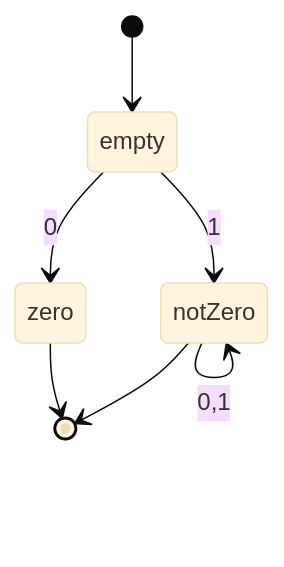
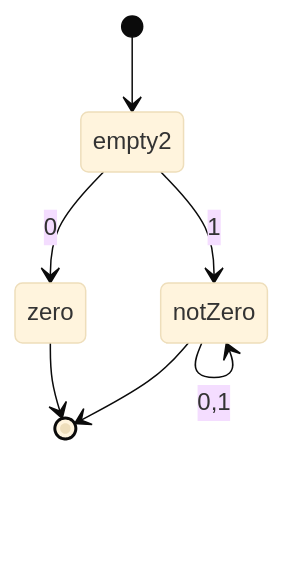
One commit to raganwald/raganwald.github.com changed diagram 26 of 38 in _posts/2019-09-21-recognizing-myself.md. Above: the diagram before and after it, drawn with Mermaid (base theme). The commit also changed other lines of this file, not shown here.

```diff
--- a/_posts/2019-09-21-recognizing-myself.md
+++ b/_posts/2019-09-21-recognizing-myself.md
@@ -1353,9 +1351,9 @@
 <div class="mermaid">
   stateDiagram
-    [*]-->empty
-    empty-->zero : 0
-    empty-->notZero : 1
+    [*]-->empty2
+    empty2-->zero : 0
+    empty2-->notZero : 1
     notZero-->notZero : 0,1
     zero-->[*]
     notZero-->[*]
 </div>
```
